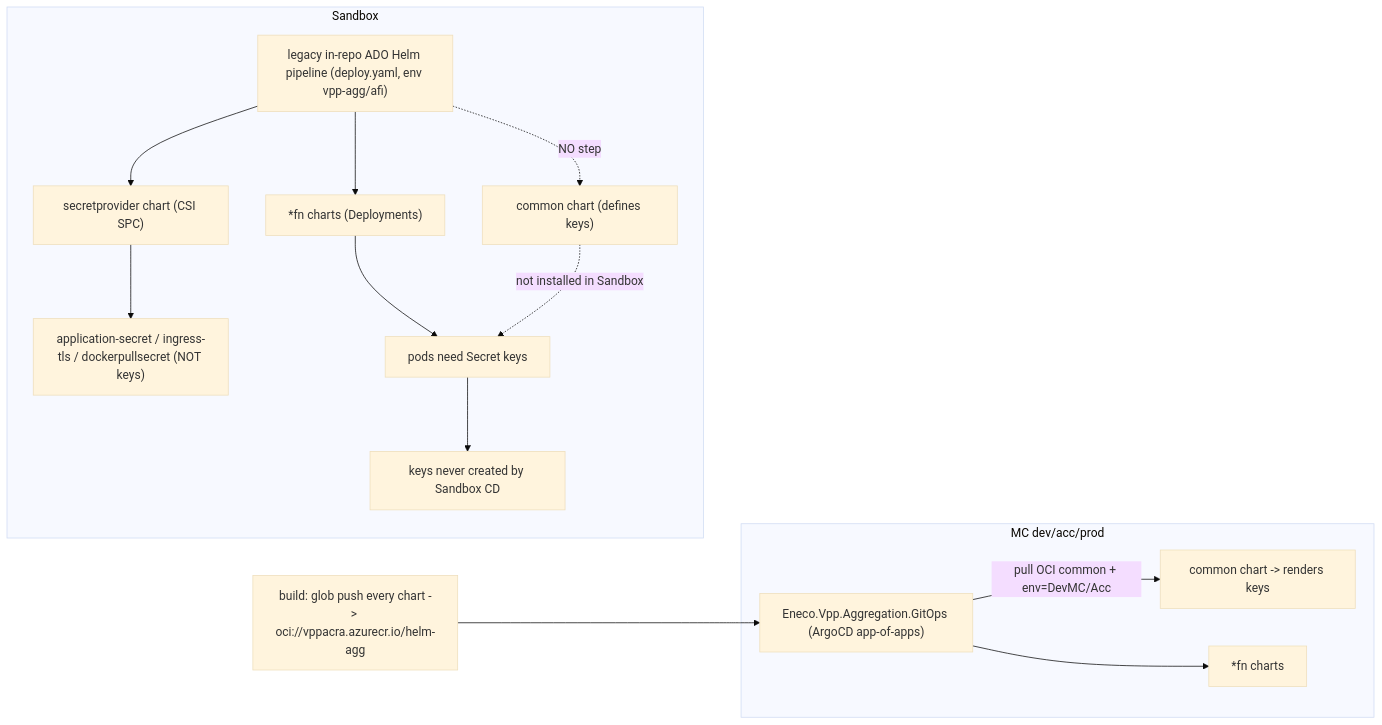
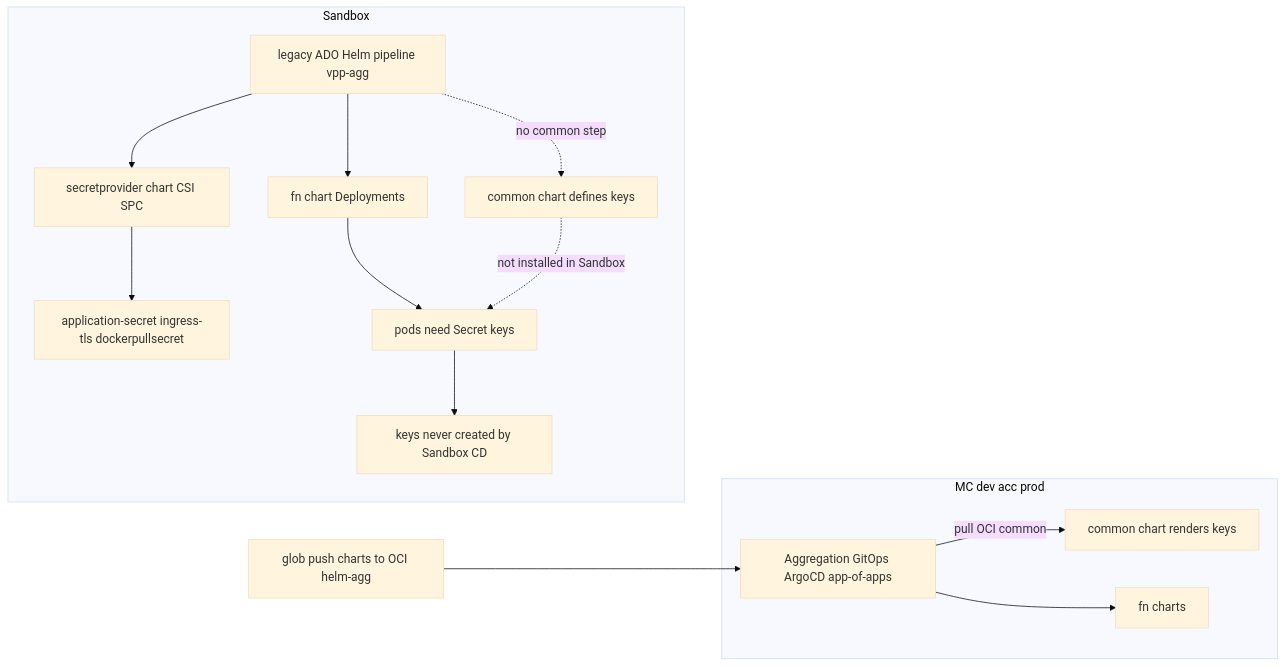
Before and after one commit to Excoriate/engineering-log: the second of 3 diagrams in log/employer/eneco/02_on_call_shift/2026_june/2026_06_02_vpp_aggregation_layer_sandbox_broken_jhonson/rca.md, drawn with Mermaid (base theme). The commit also changed other lines of this file and 28 other files, not shown here.

````diff
--- a/log/employer/eneco/02_on_call_shift/2026_june/2026_06_02_vpp_aggregation_layer_sandbox_broken_jhonson/rca.md
+++ b/log/employer/eneco/02_on_call_shift/2026_june/2026_06_02_vpp_aggregation_layer_sandbox_broken_jhonson/rca.md
@@ -178,17 +178,17 @@
 ```mermaid
 flowchart LR
-    subgraph MC["MC dev/acc/prod"]
-      GitOps["Eneco.Vpp.Aggregation.GitOps (ArgoCD app-of-apps)"] -->|pull OCI common + env=DevMC/Acc| COMMONmc["common chart -> renders keys"]
-      GitOps --> FNmc["*fn charts"]
+    subgraph MC["MC dev acc prod"]
+      GitOps["Aggregation GitOps ArgoCD app-of-apps"] -->|pull OCI common| COMMONmc["common chart renders keys"]
+      GitOps --> FNmc["fn charts"]
     end
     subgraph SB["Sandbox"]
-      PIPE["legacy in-repo ADO Helm pipeline (deploy.yaml, env vpp-agg/afi)"] --> FNsb["*fn charts (Deployments)"]
-      PIPE --> SPCHART["secretprovider chart (CSI SPC)"]
-      PIPE -. "NO step" .-> COMMONsb["common chart (defines keys)"]
-      SPCHART --> CSIs["application-secret / ingress-tls / dockerpullsecret (NOT keys)"]
+      PIPE["legacy ADO Helm pipeline vpp-agg"] --> FNsb["fn chart Deployments"]
+      PIPE --> SPCHART["secretprovider chart CSI SPC"]
+      PIPE -. no common step .-> COMMONsb["common chart defines keys"]
+      SPCHART --> CSIs["application-secret ingress-tls dockerpullsecret"]
       FNsb --> NEEDS["pods need Secret keys"]
       COMMONsb -. not installed in Sandbox .-> NEEDS
       NEEDS --> MISSING["keys never created by Sandbox CD"]
     end
-    OCI["build: glob push every chart -> oci://vppacra.azurecr.io/helm-agg"] --> GitOps
+    OCI["glob push charts to OCI helm-agg"] --> GitOps
 ```
````
